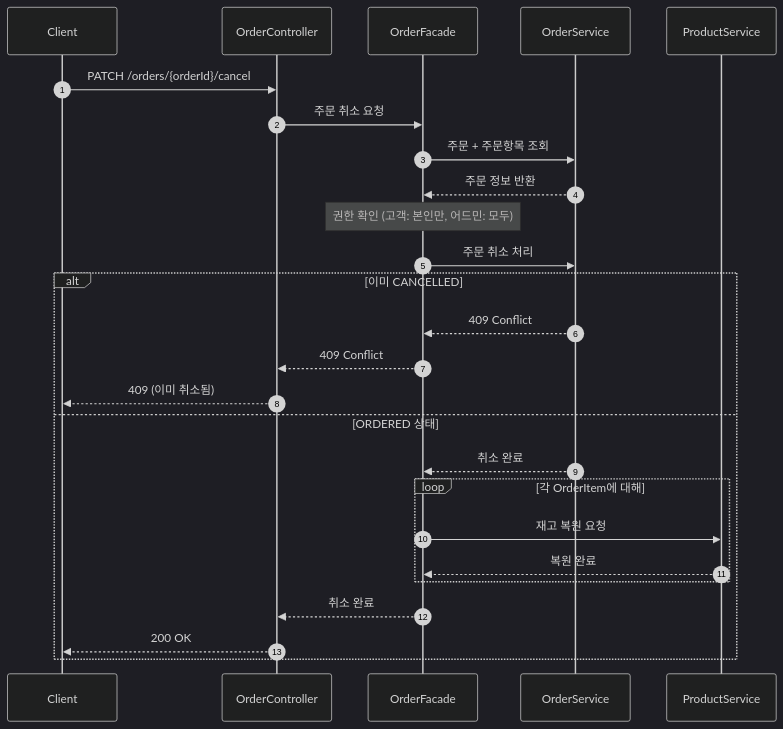
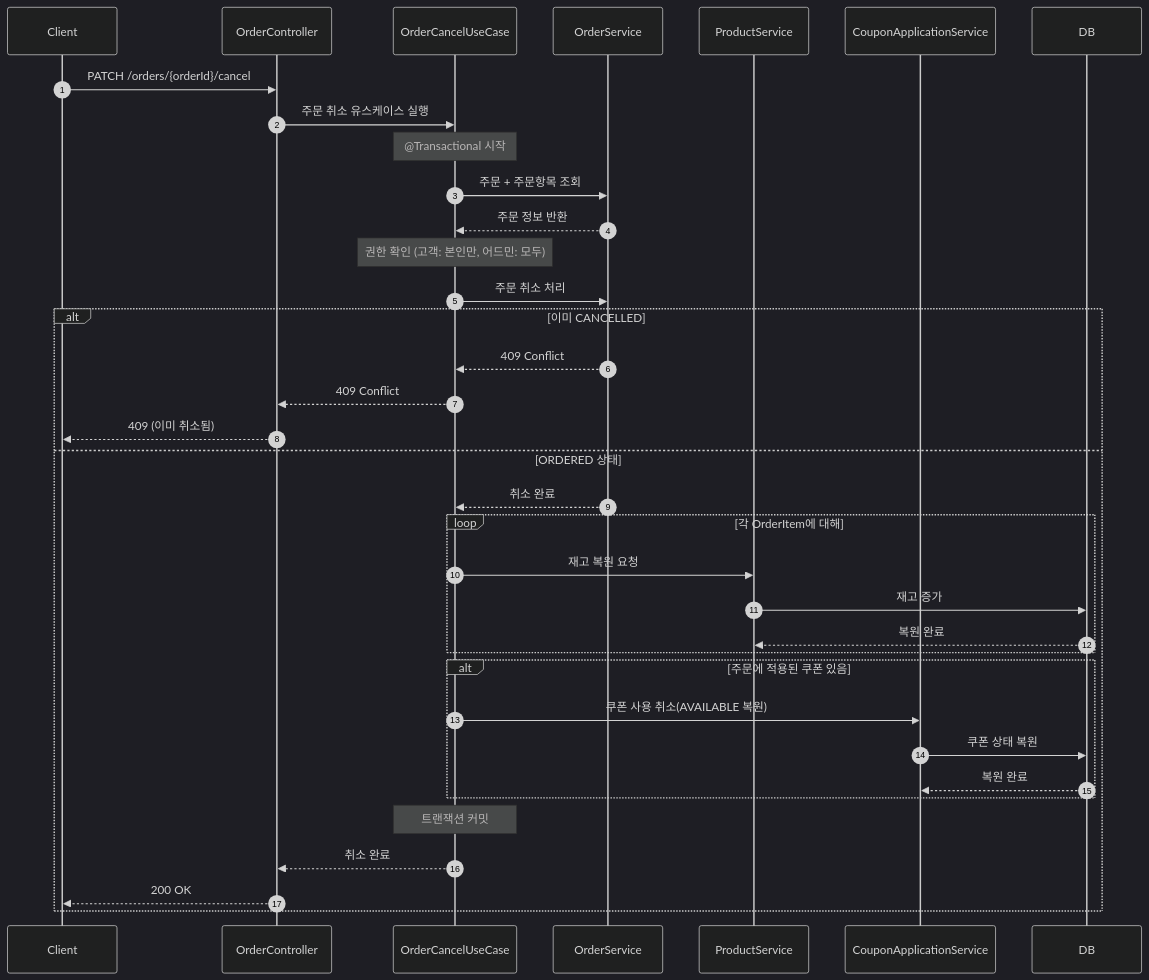
Before and after one commit to Loopers-dev-lab/loop-pack-be-l2-vol3-java: the second of 5 diagrams in docs/design/02-sequence-diagrams.md, drawn with Mermaid (dark theme). The commit also changed other lines of this file and 5 other files, not shown here.

````diff
--- a/docs/design/02-sequence-diagrams.md
+++ b/docs/design/02-sequence-diagrams.md
@@ -60,35 +62,46 @@
 ```mermaid
 sequenceDiagram
     autonumber
     participant C as Client
     participant OC as OrderController
-    participant OF as OrderFacade
+    participant OU as OrderCancelUseCase
     participant OS as OrderService
     participant PS as ProductService
+    participant CS as CouponApplicationService
+    participant DB as DB
 
     C->>OC: PATCH /orders/{orderId}/cancel
-    OC->>OF: 주문 취소 요청
+    OC->>OU: 주문 취소 유스케이스 실행
+    note over OU: @Transactional 시작
 
-    OF->>OS: 주문 + 주문항목 조회
-    OS-->>OF: 주문 정보 반환
+    OU->>OS: 주문 + 주문항목 조회
+    OS-->>OU: 주문 정보 반환
 
-    note over OF: 권한 확인 (고객: 본인만, 어드민: 모두)
+    note over OU: 권한 확인 (고객: 본인만, 어드민: 모두)
 
-    OF->>OS: 주문 취소 처리
+    OU->>OS: 주문 취소 처리
 
     alt 이미 CANCELLED
-        OS-->>OF: 409 Conflict
-        OF-->>OC: 409 Conflict
+        OS-->>OU: 409 Conflict
+        OU-->>OC: 409 Conflict
         OC-->>C: 409 (이미 취소됨)
     else ORDERED 상태
-        OS-->>OF: 취소 완료
+        OS-->>OU: 취소 완료
 
         loop 각 OrderItem에 대해
-            OF->>PS: 재고 복원 요청
-            PS-->>OF: 복원 완료
+            OU->>PS: 재고 복원 요청
+            PS->>DB: 재고 증가
+            DB-->>PS: 복원 완료
         end
 
-        OF-->>OC: 취소 완료
+        alt 주문에 적용된 쿠폰 있음
+            OU->>CS: 쿠폰 사용 취소(AVAILABLE 복원)
+            CS->>DB: 쿠폰 상태 복원
+            DB-->>CS: 복원 완료
+        end
+
+        note over OU: 트랜잭션 커밋
+        OU-->>OC: 취소 완료
         OC-->>C: 200 OK
     end
 ```
````
